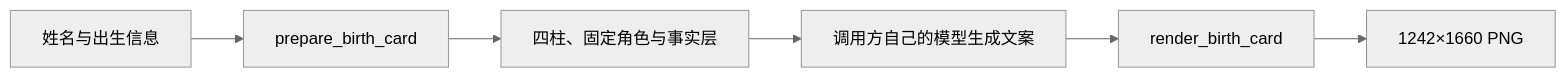
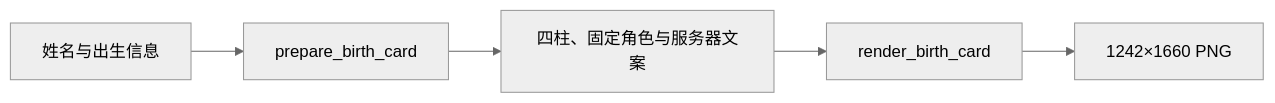
One commit to bobbybluemoment-afk/rensheng-youji-api changed the diagram in README.md. Above: the diagram before and after it, drawn with Mermaid (neutral theme). The commit also changed other lines of this file and 5 other files, not shown here.

````diff
--- a/README.md
+++ b/README.md
@@ -16,8 +16,7 @@
 ```mermaid
 flowchart LR
     A[姓名与出生信息] --> B[prepare_birth_card]
-    B --> C[四柱、固定角色与事实层]
-    C --> D[调用方自己的模型生成文案]
-    D --> E[render_birth_card]
-    E --> F[1242×1660 PNG]
+    B --> C[四柱、固定角色与服务器文案]
+    C --> D[render_birth_card]
+    D --> E[1242×1660 PNG]
 ```
````
